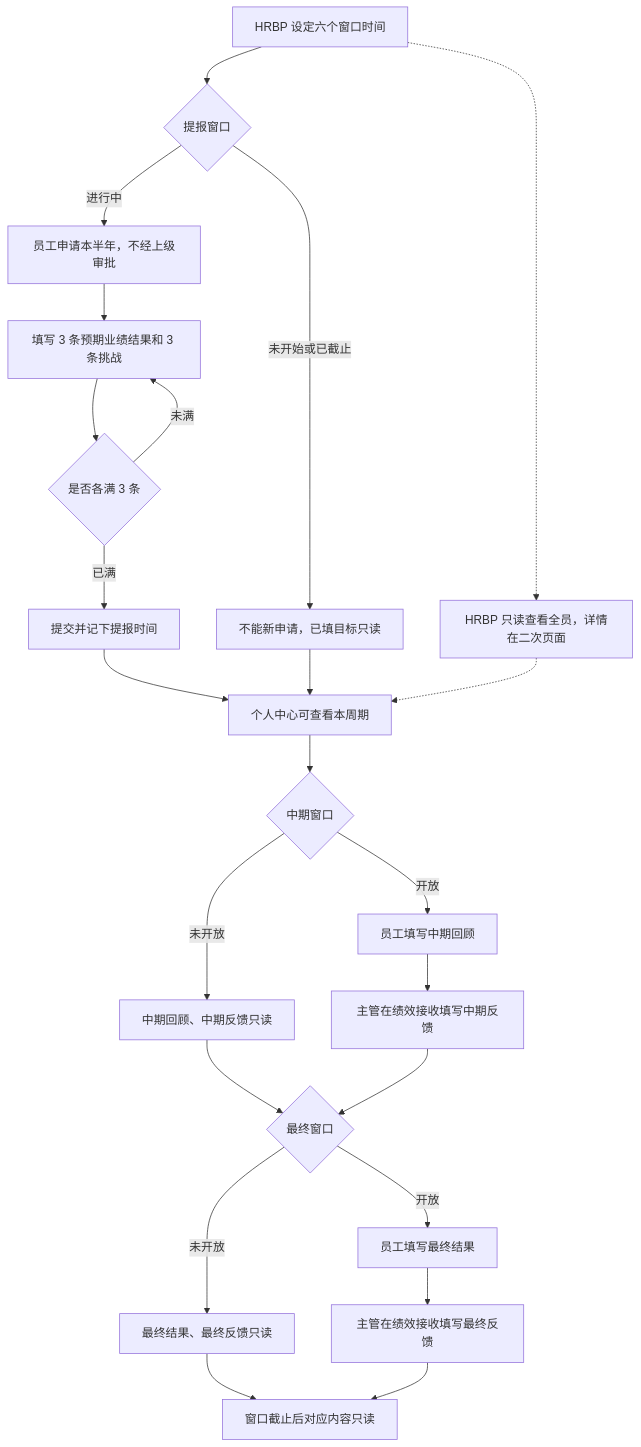
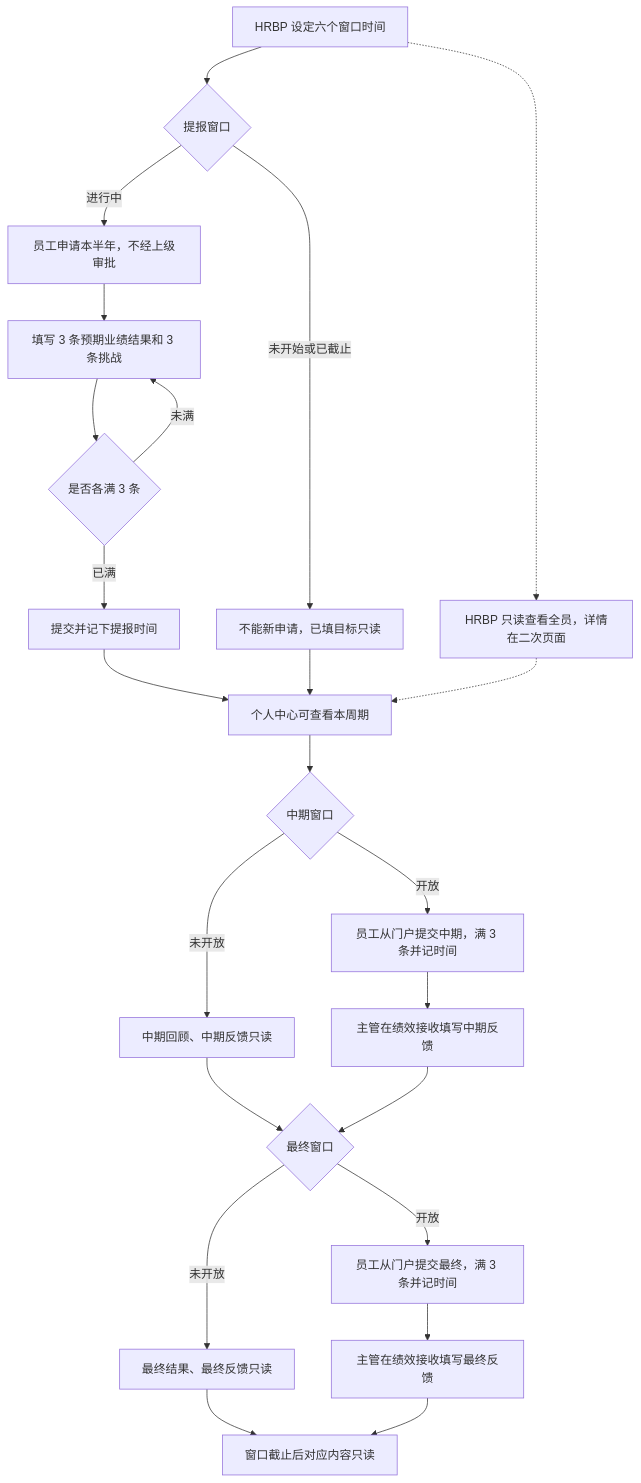
Before and after one commit to beynawoo-code/cognitive-platform-demo: the diagram in _system/l1-business-workflow/s-perf-submit-workflow.md, drawn with Mermaid. The commit also changed other lines of this file and 27 other files, not shown here.

````diff
--- a/_system/l1-business-workflow/s-perf-submit-workflow.md
+++ b/_system/l1-business-workflow/s-perf-submit-workflow.md
@@ -20,25 +20,25 @@
 ```mermaid
 flowchart TD
   hrbp["HRBP 设定六个窗口时间"] --> submit{"提报窗口"}
   submit -->|未开始或已截止| locked["不能新申请，已填目标只读"]
   submit -->|进行中| apply["员工申请本半年，不经上级审批"]
   apply --> fill["填写 3 条预期业绩结果和 3 条挑战"]
   fill --> check{"是否各满 3 条"}
   check -->|未满| fill
   check -->|已满| posted["提交并记下提报时间"]
   posted --> center["个人中心可查看本周期"]
   locked --> center
   center --> mid{"中期窗口"}
   mid -->|未开放| midRead["中期回顾、中期反馈只读"]
-  mid -->|开放| midEmp["员工填写中期回顾"]
+  mid -->|开放| midEmp["员工从门户提交中期，满 3 条并记时间"]
   midEmp --> midLead["主管在绩效接收填写中期反馈"]
   midRead --> fin{"最终窗口"}
   midLead --> fin
   fin -->|未开放| finRead["最终结果、最终反馈只读"]
-  fin -->|开放| finEmp["员工填写最终结果"]
+  fin -->|开放| finEmp["员工从门户提交最终，满 3 条并记时间"]
   finEmp --> finLead["主管在绩效接收填写最终反馈"]
   finRead --> closed["窗口截止后对应内容只读"]
   finLead --> closed
   hrbp -.-> view["HRBP 只读查看全员，详情在二次页面"]
   view -.-> center
 ```
````
